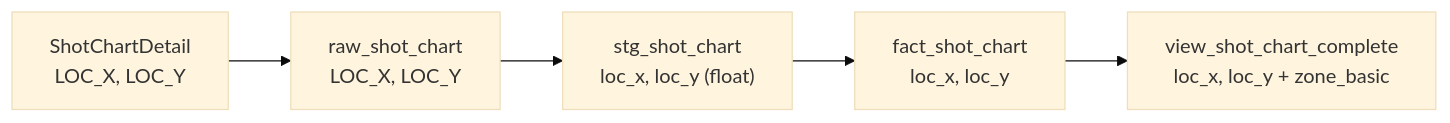
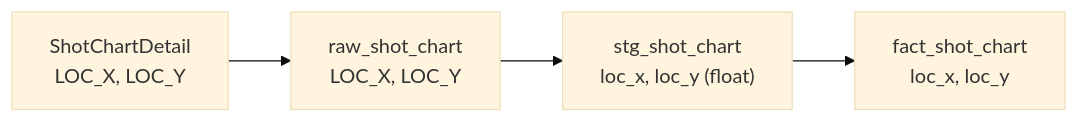
The ninth of 11 diagrams in docs/content/docs/lineage/column-lineage.mdx (wyattowalsh/nbadb), drawn with Mermaid (base theme) before and after one commit. The commit also changed other lines of this file and 318 other files, not shown here.

````diff
--- a/docs/content/docs/lineage/column-lineage.mdx
+++ b/docs/content/docs/lineage/column-lineage.mdx
@@ -135,7 +189,6 @@
 ```mermaid
 flowchart LR
     A["ShotChartDetail\nLOC_X, LOC_Y"] --> B["raw_shot_chart\nLOC_X, LOC_Y"]
     B --> C["stg_shot_chart\nloc_x, loc_y (float)"]
     C --> D["fact_shot_chart\nloc_x, loc_y"]
-    D --> E["view_shot_chart_complete\nloc_x, loc_y + zone_basic"]
 ```
````
